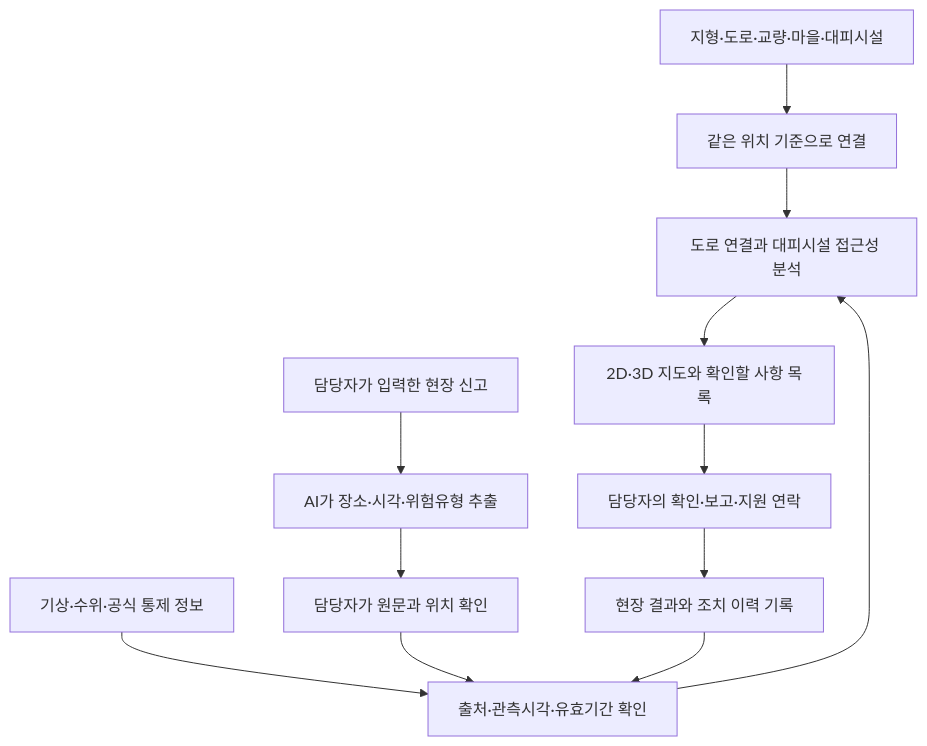
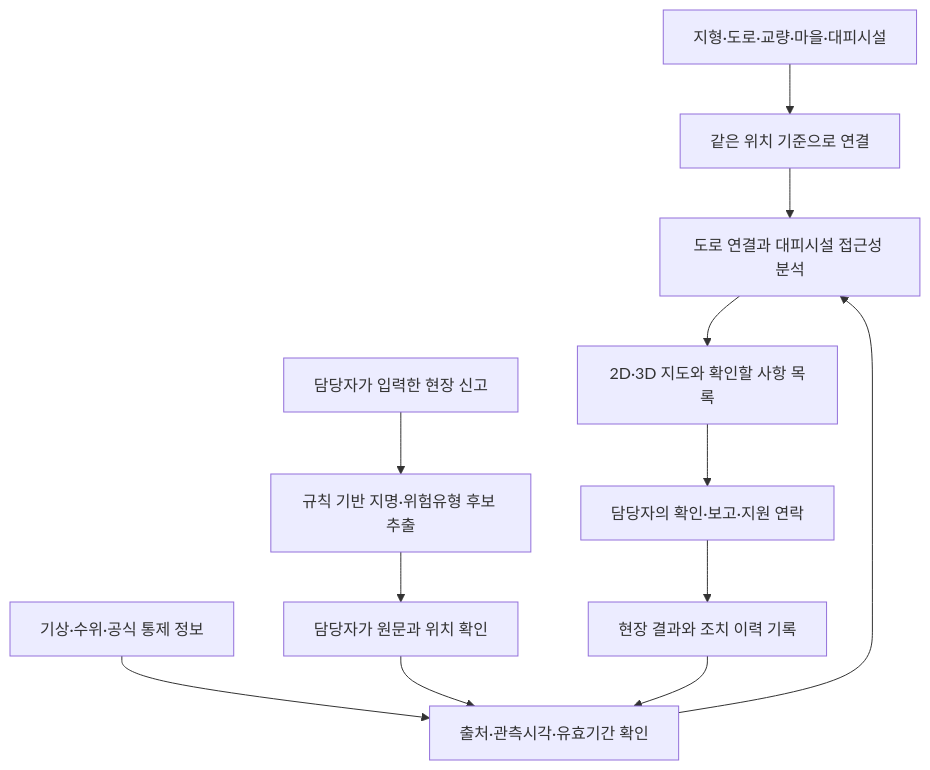
The diagram in docs/02_cps.md (LSB-afk/Challenge-for-Solutions-to-Local-Issues), drawn with Mermaid before and after one commit. The commit also changed other lines of this file and 33 other files, not shown here.

````diff
--- a/docs/02_cps.md
+++ b/docs/02_cps.md
@@ -131,14 +143,14 @@
 ```mermaid
 flowchart TD
     A[지형·도로·교량·마을·대피시설] --> D[같은 위치 기준으로 연결]
     B[기상·수위·공식 통제 정보] --> E[출처·관측시각·유효기간 확인]
-    C[담당자가 입력한 현장 신고] --> F[AI가 장소·시각·위험유형 추출]
+    C[담당자가 입력한 현장 신고] --> F[규칙 기반 지명·위험유형 후보 추출]
     F --> G[담당자가 원문과 위치 확인]
     G --> E
     D --> H[도로 연결과 대피시설 접근성 분석]
     E --> H
     H --> I[2D·3D 지도와 확인할 사항 목록]
     I --> J[담당자의 확인·보고·지원 연락]
     J --> K[현장 결과와 조치 이력 기록]
     K --> E
 ```
````
